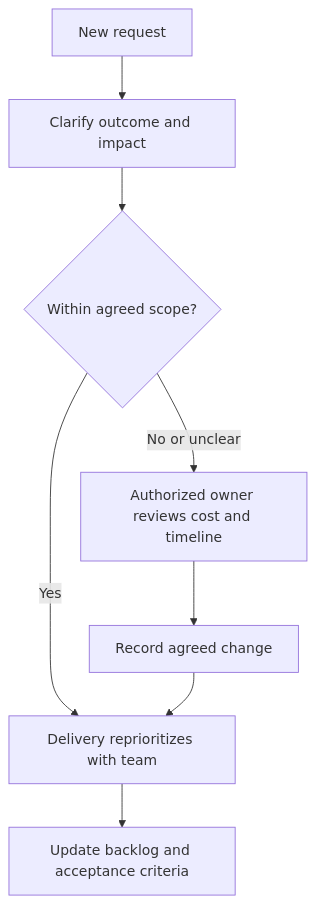
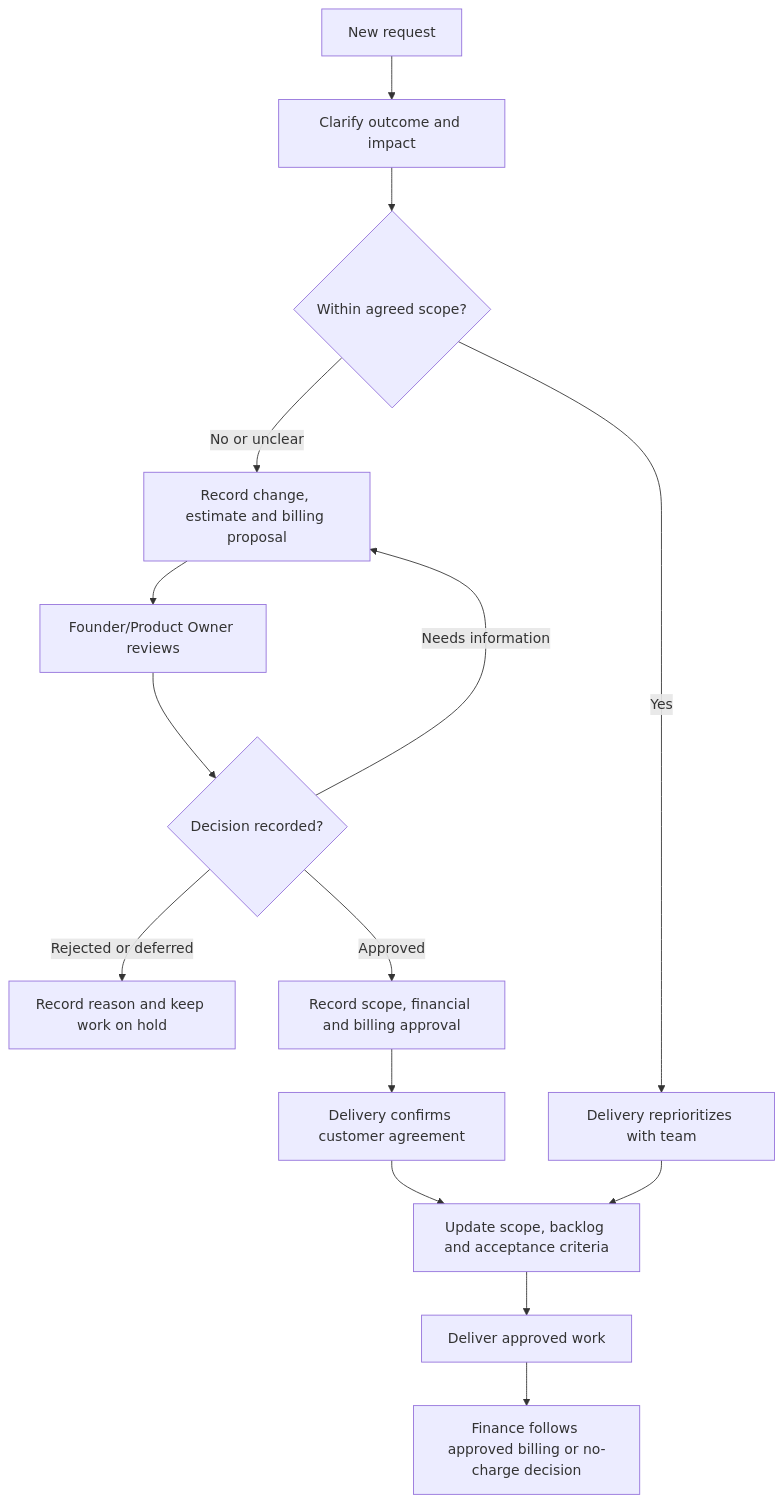
The diagram in company/ways-of-working.mdx (NextEdgelabs/nextedge-docs), drawn with Mermaid before and after one commit. The commit also changed other lines of this file and 5 other files, not shown here.

Commit message:
Require Founder/Product Owner approval for out-of-scope work and billing

````diff
--- a/company/ways-of-working.mdx
+++ b/company/ways-of-working.mdx
@@ -34,10 +38,17 @@
 ```mermaid
 flowchart TB
   A["New request"] --> B["Clarify outcome and impact"]
   B --> C{"Within agreed scope?"}
   C -->|Yes| D["Delivery reprioritizes with team"]
-  C -->|No or unclear| E["Authorized owner reviews cost and timeline"]
-  E --> F["Record agreed change"]
-  F --> D
-  D --> G["Update backlog and acceptance criteria"]
+  C -->|No or unclear| E["Record change, estimate and billing proposal"]
+  E --> F["Founder/Product Owner reviews"]
+  F --> G{"Decision recorded?"}
+  G -->|Needs information| E
+  G -->|Rejected or deferred| H["Record reason and keep work on hold"]
+  G -->|Approved| I["Record scope, financial and billing approval"]
+  I --> J["Delivery confirms customer agreement"]
+  J --> K["Update scope, backlog and acceptance criteria"]
+  D --> K
+  K --> L["Deliver approved work"]
+  L --> M["Finance follows approved billing or no-charge decision"]
 ```
````
